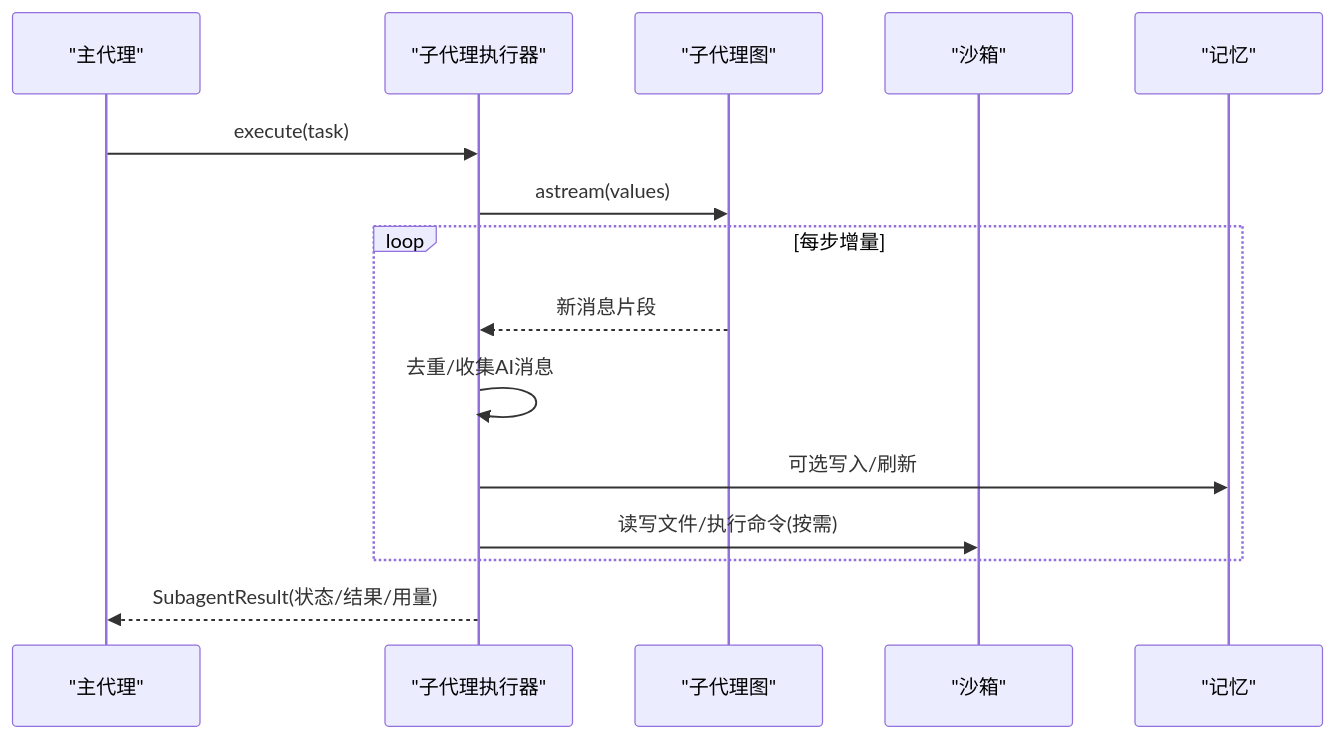
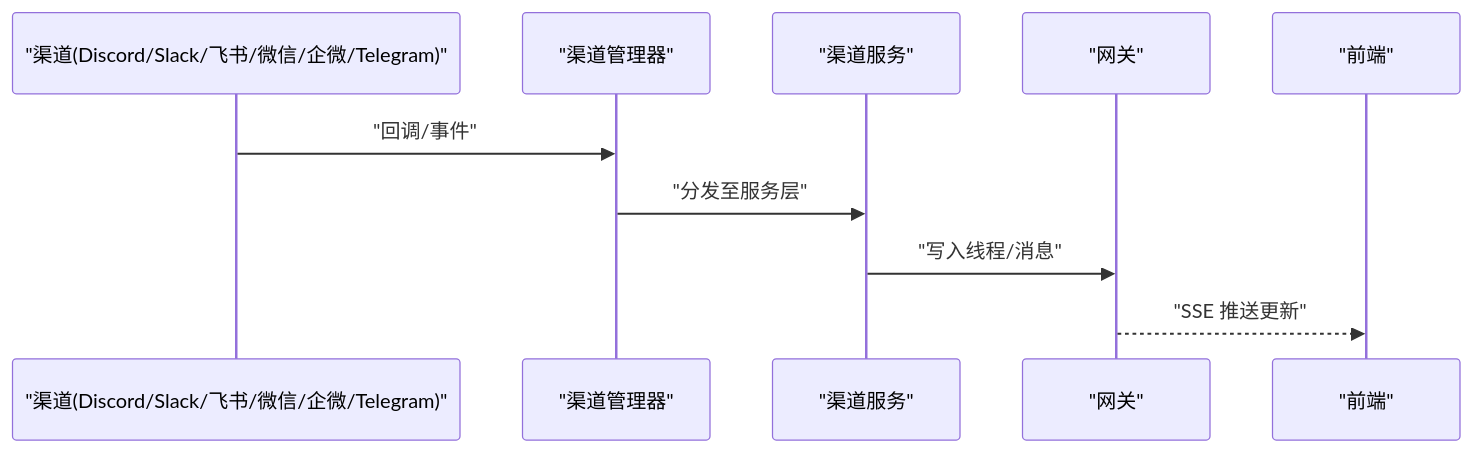
One commit to xfbyxq/deer-flow changed the fifth of 6 diagrams in .qoder/repowiki/zh/content/项目概述/项目概述.md. Above: the diagram before and after it, drawn with Mermaid. The commit also changed other lines of this file and 621 other files, not shown here.

````diff
--- a/.qoder/repowiki/zh/content/项目概述/项目概述.md
+++ b/.qoder/repowiki/zh/content/项目概述/项目概述.md
@@ -188,17 +293,12 @@
 ```mermaid
 sequenceDiagram
-participant LA as "主代理"
-participant EX as "子代理执行器"
-participant AG as "子代理图"
-participant SB as "沙箱"
-participant MEM as "记忆"
-LA->>EX : execute(task)
-EX->>AG : astream(values)
-loop 每步增量
-AG-->>EX : 新消息片段
-EX->>EX : 去重/收集AI消息
-EX->>MEM : 可选写入/刷新
-EX->>SB : 读写文件/执行命令(按需)
-end
-EX-->>LA : SubagentResult(状态/结果/用量)
+participant C as "渠道(Discord/Slack/飞书/微信/企微/Telegram)"
+participant CM as "渠道管理器"
+participant CS as "渠道服务"
+participant GW as "网关"
+participant UI as "前端"
+C->>CM : "回调/事件"
+CM->>CS : "分发至服务层"
+CS->>GW : "写入线程/消息"
+GW-->>UI : "SSE 推送更新"
 ```
````
